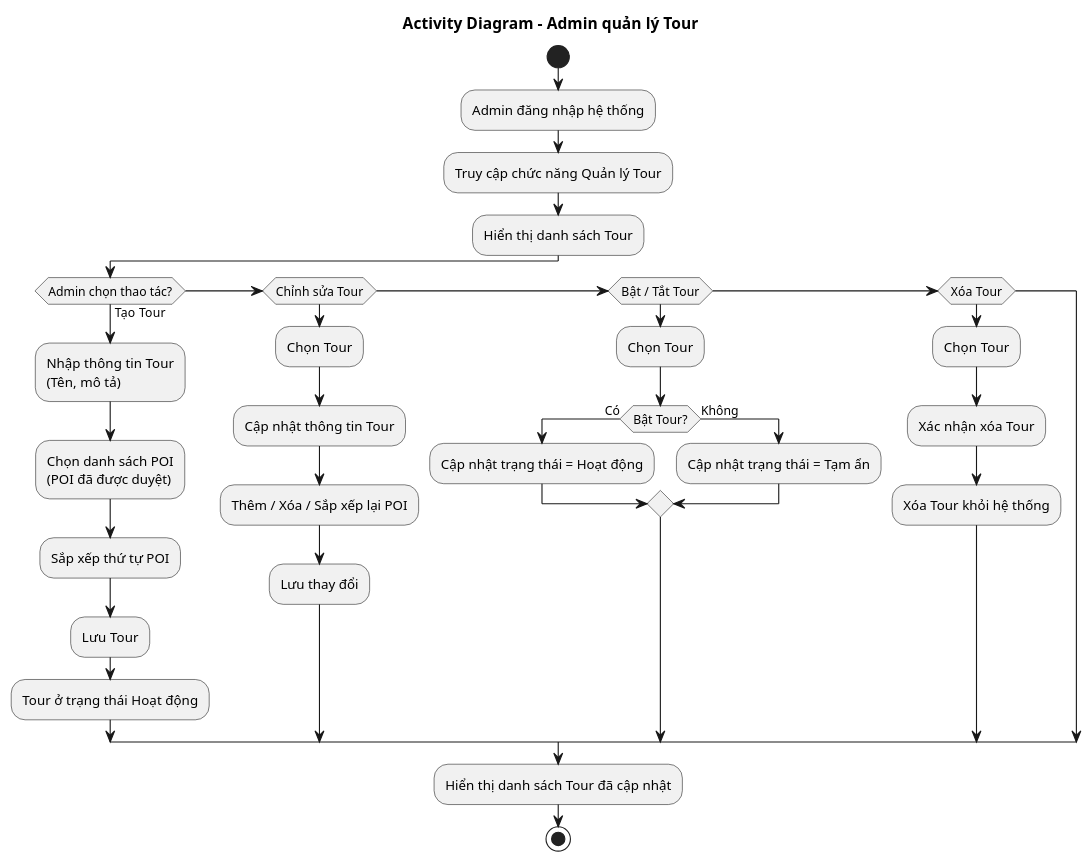
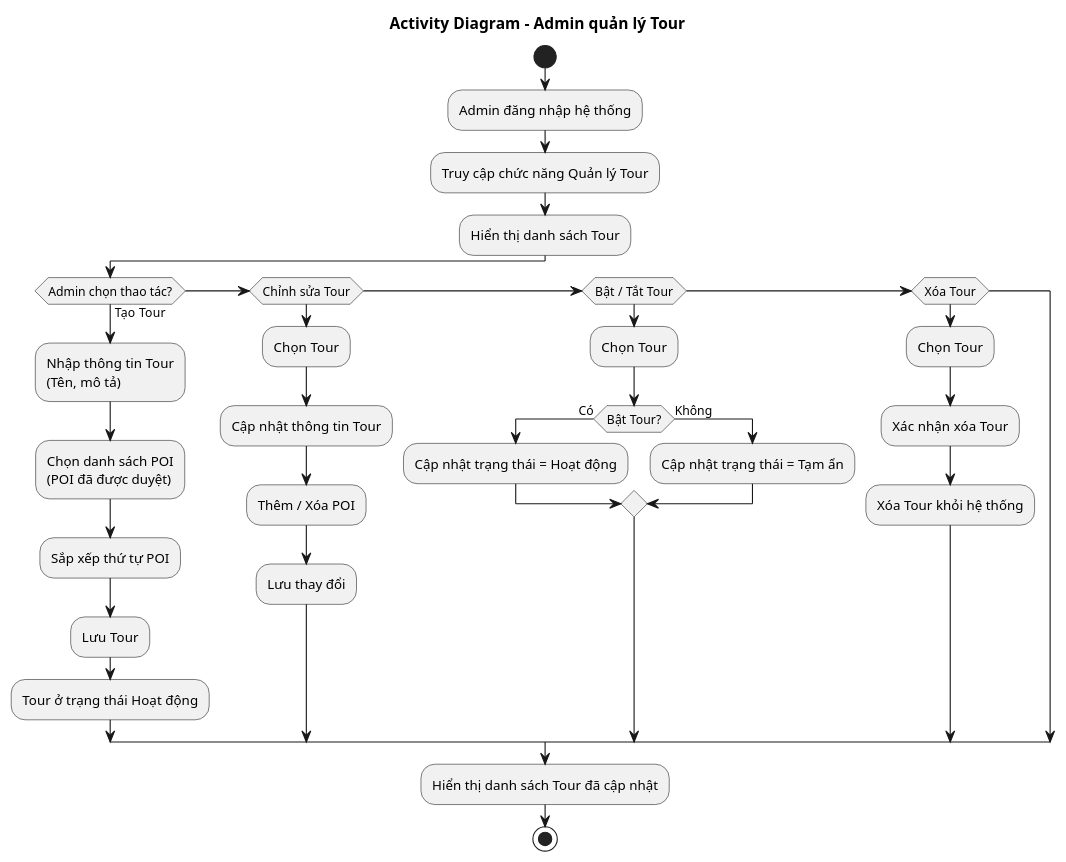
Before and after one commit to Quin19FD/foodstreet-guide-platform: the diagram in ActivityDiagram/AdminQuanLyTour.puml, drawn with PlantUML. The commit also changed 2 other files, not shown here.

Commit message:
update diagrams

```diff
--- a/ActivityDiagram/AdminQuanLyTour.puml
+++ b/ActivityDiagram/AdminQuanLyTour.puml
@@ -1,37 +1,37 @@
 @startuml
 title Activity Diagram - Admin quản lý Tour
 
 start
 
 :Admin đăng nhập hệ thống;
 :Truy cập chức năng Quản lý Tour;
 :Hiển thị danh sách Tour;
 
 if (Admin chọn thao tác?) then (Tạo Tour)
     :Nhập thông tin Tour\n(Tên, mô tả);
     :Chọn danh sách POI\n(POI đã được duyệt);
     :Sắp xếp thứ tự POI;
     :Lưu Tour;
     :Tour ở trạng thái Hoạt động;
 elseif (Chỉnh sửa Tour)
     :Chọn Tour;
     :Cập nhật thông tin Tour;
-    :Thêm / Xóa / Sắp xếp lại POI;
+    :Thêm / Xóa POI;
     :Lưu thay đổi;
 elseif (Bật / Tắt Tour)
     :Chọn Tour;
     if (Bật Tour?) then (Có)
         :Cập nhật trạng thái = Hoạt động;
     else (Không)
         :Cập nhật trạng thái = Tạm ẩn;
     endif
 elseif (Xóa Tour)
     :Chọn Tour;
     :Xác nhận xóa Tour;
     :Xóa Tour khỏi hệ thống;
 endif
 
 :Hiển thị danh sách Tour đã cập nhật;
 
 stop
 @enduml
```
